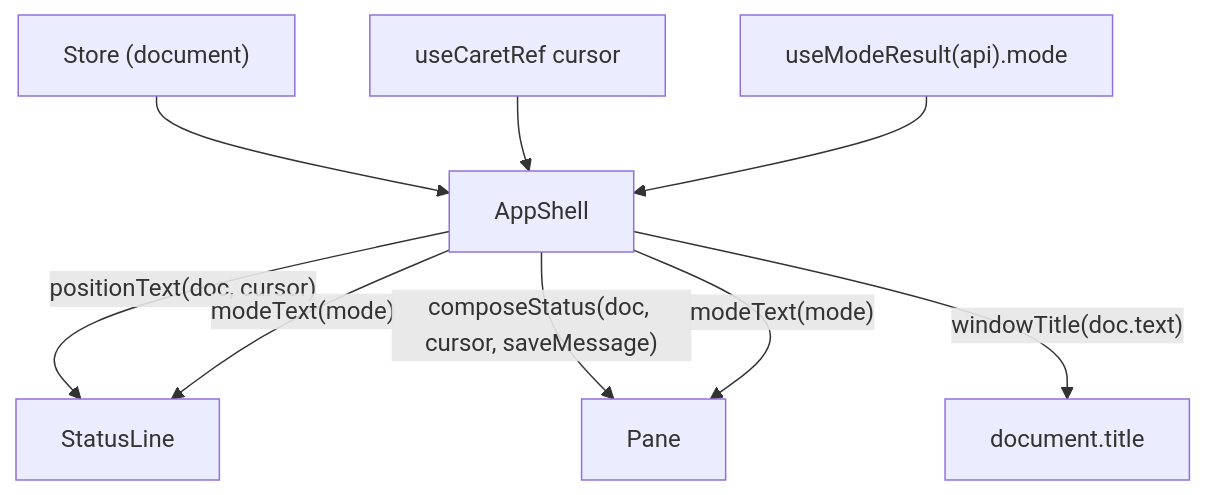
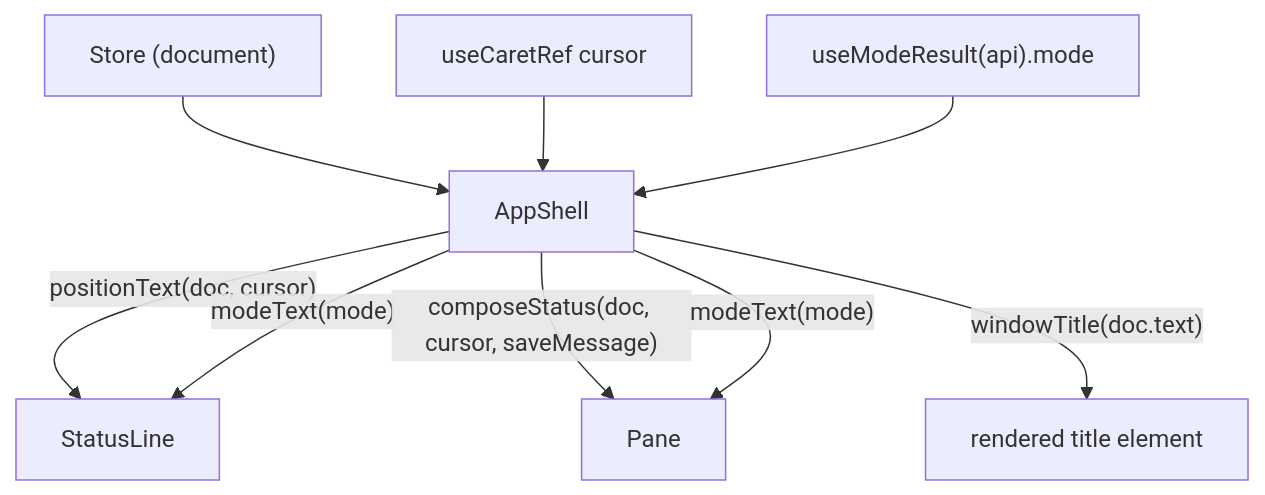
Before and after one commit to gowtham0992/reveal-codes: the diagram in .kiro/specs/shell-polish/design.md, drawn with Mermaid. The commit also changed other lines of this file and 7 other files, not shown here.

Commit message:
feat(web): Window title via rendered title element

````diff
--- a/.kiro/specs/shell-polish/design.md
+++ b/.kiro/specs/shell-polish/design.md
@@ -71,11 +71,11 @@
 ```mermaid
 flowchart TD
   Store["Store (document)"] --> Shell["AppShell"]
   Caret["useCaretRef cursor"] --> Shell
   Mode["useModeResult(api).mode"] --> Shell
   Shell -->|"positionText(doc, cursor)"| SL["StatusLine"]
   Shell -->|"modeText(mode)"| SL
   Shell -->|"composeStatus(doc, cursor, saveMessage)"| Pane["Pane"]
   Shell -->|"modeText(mode)"| Pane
-  Shell -->|"windowTitle(doc.text)"| Title["document.title"]
+  Shell -->|"windowTitle(doc.text)"| Title["rendered title element"]
 ```
````
